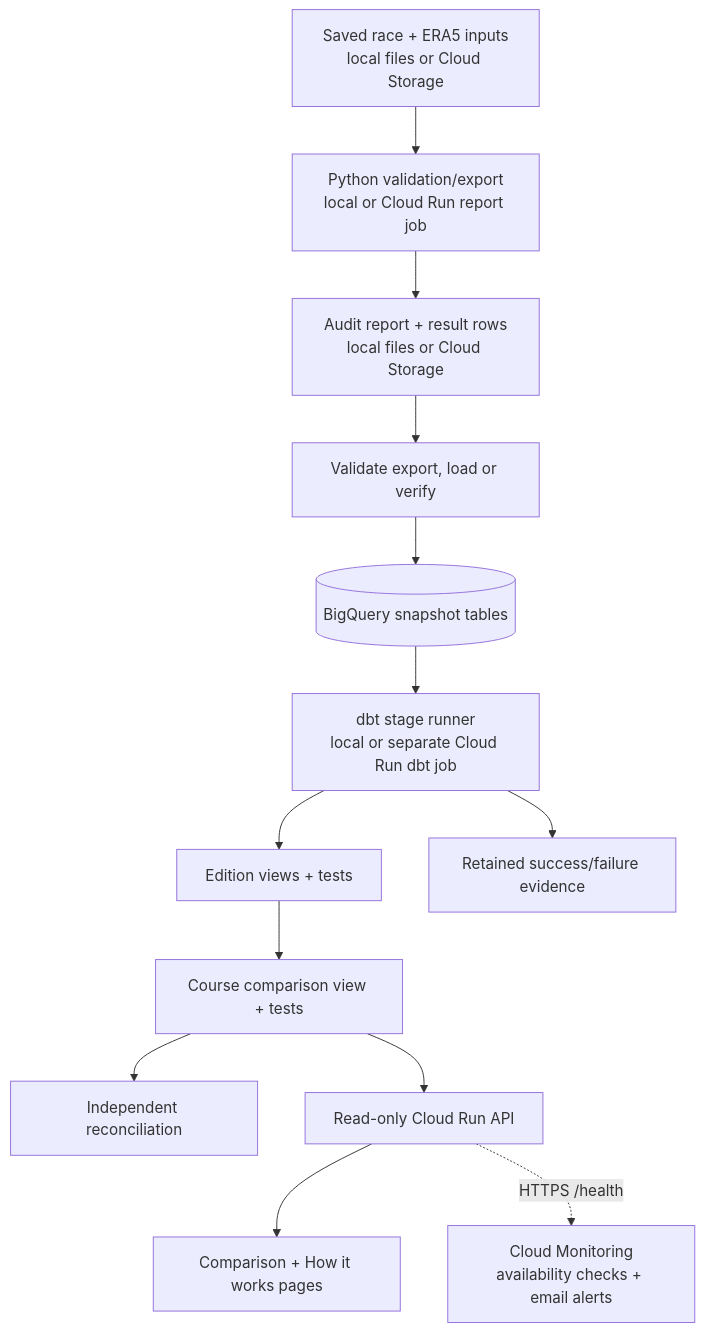
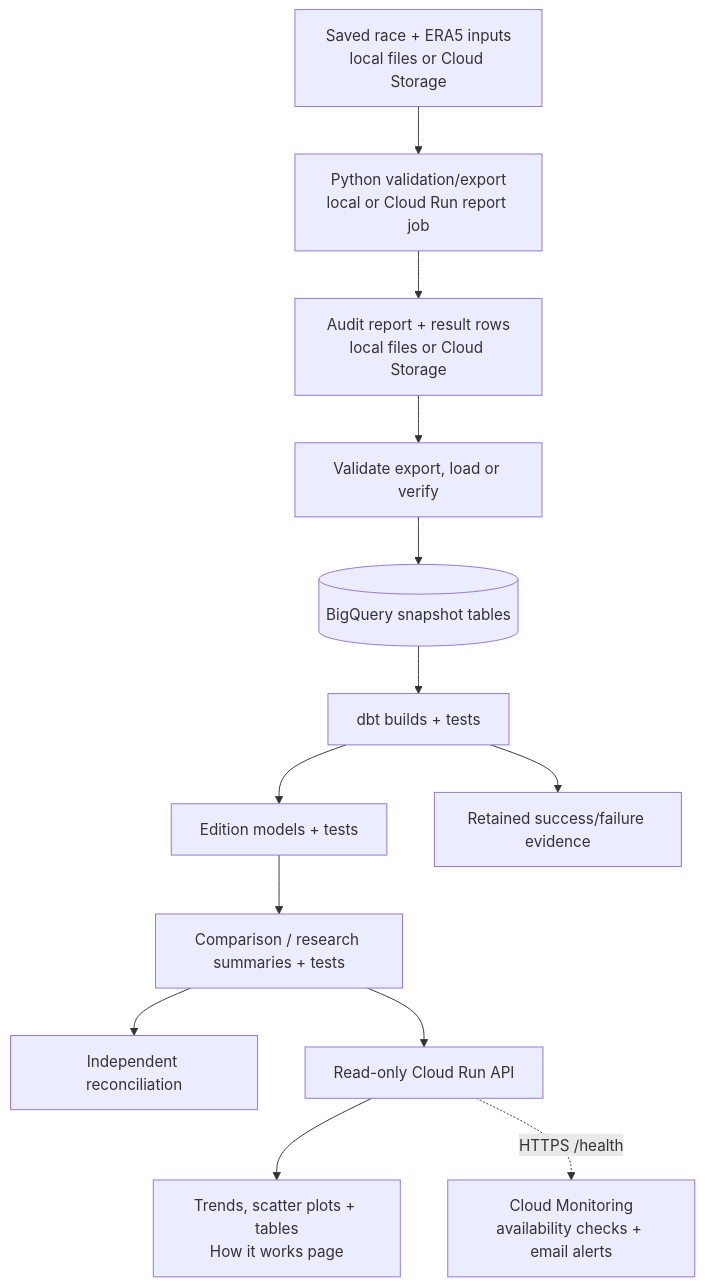
The first of 2 diagrams in docs/architecture.md (mifuha/runwx), drawn with Mermaid before and after one commit. The commit also changed other lines of this file and 7 other files, not shown here.

````diff
--- a/docs/architecture.md
+++ b/docs/architecture.md
@@ -20,15 +23,15 @@
 ```mermaid
 flowchart TD
     inputs["Saved race + ERA5 inputs<br/>local files or Cloud Storage"] --> export["Python validation/export<br/>local or Cloud Run report job"]
     export --> artifacts["Audit report + result rows<br/>local files or Cloud Storage"]
     artifacts --> loader["Validate export, load or verify"]
     loader --> snapshot[("BigQuery snapshot tables")]
-    snapshot --> runner["dbt stage runner<br/>local or separate Cloud Run dbt job"]
-    runner --> edition["Edition views + tests"]
-    edition --> comparison["Course comparison view + tests"]
+    snapshot --> runner["dbt builds + tests"]
+    runner --> edition["Edition models + tests"]
+    edition --> comparison["Comparison / research summaries + tests"]
     comparison --> checks["Independent reconciliation"]
     comparison --> api["Read-only Cloud Run API"]
-    api --> pages["Comparison + How it works pages"]
+    api --> pages["Trends, scatter plots + tables<br/>How it works page"]
     runner --> evidence["Retained success/failure evidence"]
     api -. "HTTPS /health" .-> monitoring["Cloud Monitoring<br/>availability checks + email alerts"]
 ```
````
